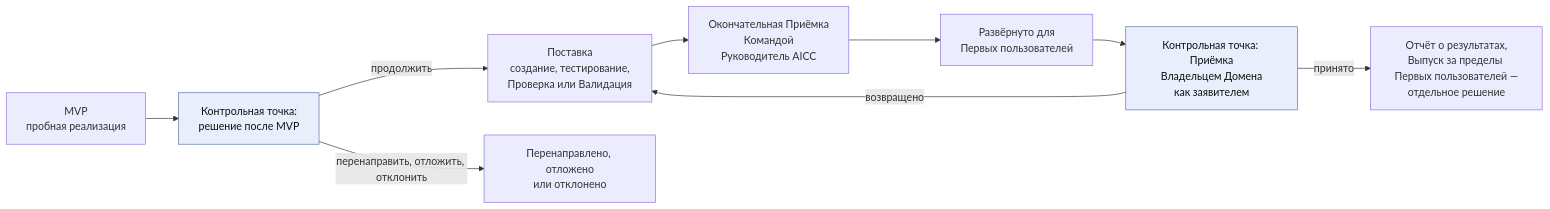
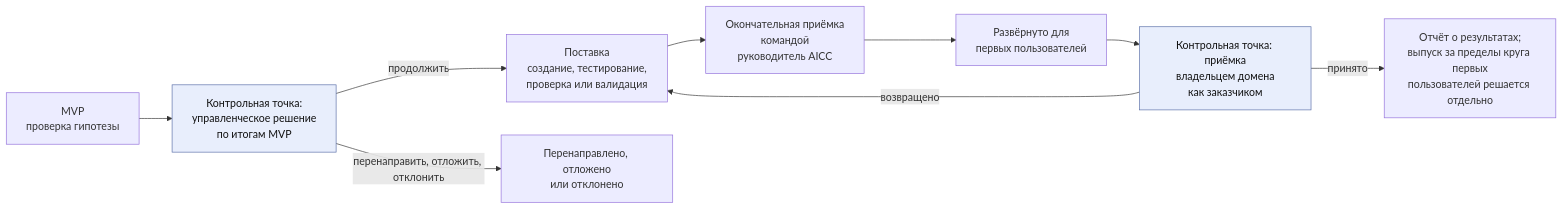
Before and after one commit to devhogu/ob-aicc: the second of 3 diagrams in charter/ru/workflows/engagement.md, drawn with Mermaid. The commit also changed other lines of this file and 7 other files, not shown here.

````diff
--- a/charter/ru/workflows/engagement.md
+++ b/charter/ru/workflows/engagement.md
@@ -38,13 +38,13 @@
 ```mermaid
 flowchart LR
-  MV["MVP<br/>пробная реализация"] --> DM["Контрольная точка:<br/>решение после MVP"]
-  DM -->|"продолжить"| DL["Поставка<br/>создание, тестирование,<br/>Проверка или Валидация"]
+  MV["MVP<br/>проверка гипотезы"] --> DM["Контрольная точка:<br/>управленческое решение<br/>по итогам MVP"]
+  DM -->|"продолжить"| DL["Поставка<br/>создание, тестирование,<br/>проверка или валидация"]
   DM -->|"перенаправить, отложить, отклонить"| DR["Перенаправлено, отложено<br/>или отклонено"]
-  DL --> TF["Окончательная Приёмка<br/>Командой<br/>Руководитель AICC"]
-  TF --> FU["Развёрнуто для<br/>Первых пользователей"]
-  FU --> BA["Контрольная точка: Приёмка<br/>Владельцем Домена<br/>как заявителем"]
+  DL --> TF["Окончательная приёмка<br/>командой<br/>руководитель AICC"]
+  TF --> FU["Развёрнуто для<br/>первых пользователей"]
+  FU --> BA["Контрольная точка: приёмка<br/>владельцем домена<br/>как заказчиком"]
   BA -->|"возвращено"| DL
-  BA -->|"принято"| OR["Отчёт о результатах,<br/>Выпуск за пределы Первых пользователей —<br/>отдельное решение"]
+  BA -->|"принято"| OR["Отчёт о результатах;<br/>выпуск за пределы круга первых<br/>пользователей решается отдельно"]
   classDef gate fill:#e8eefc,stroke:#5a6fa8,color:#111
   class DM,BA gate
 ```
````
